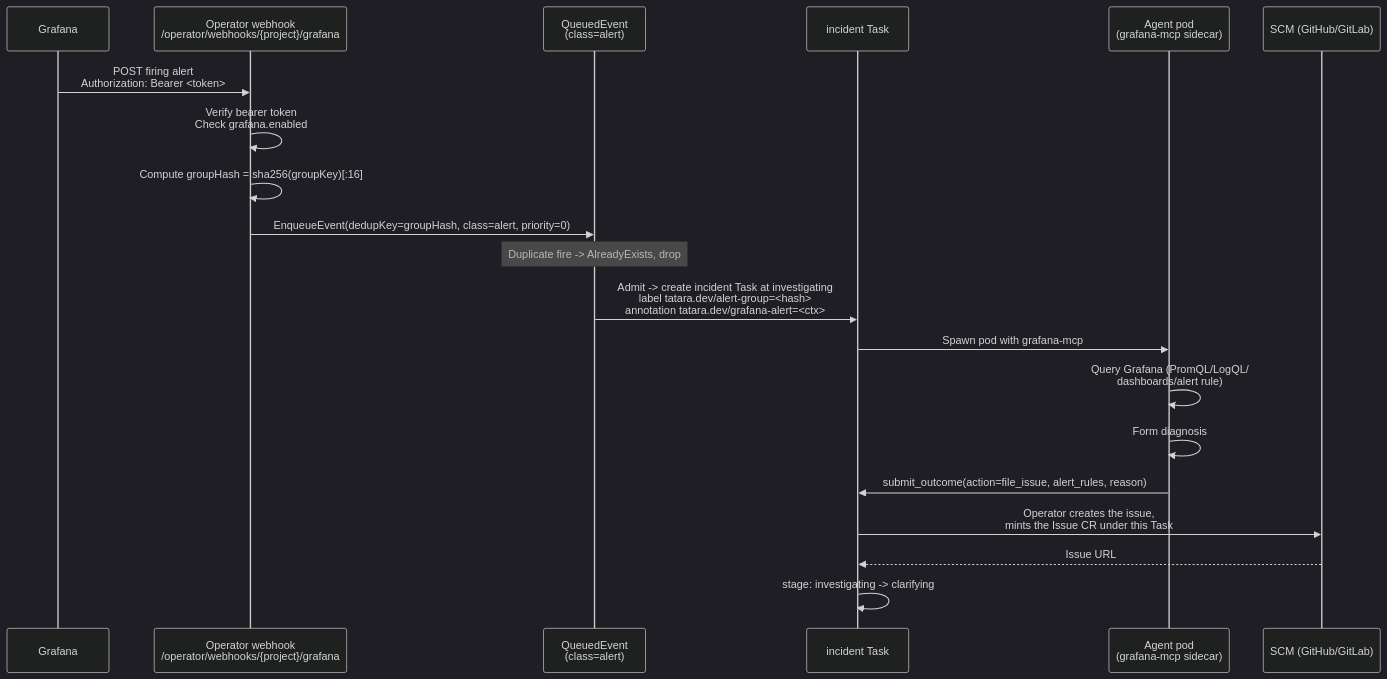
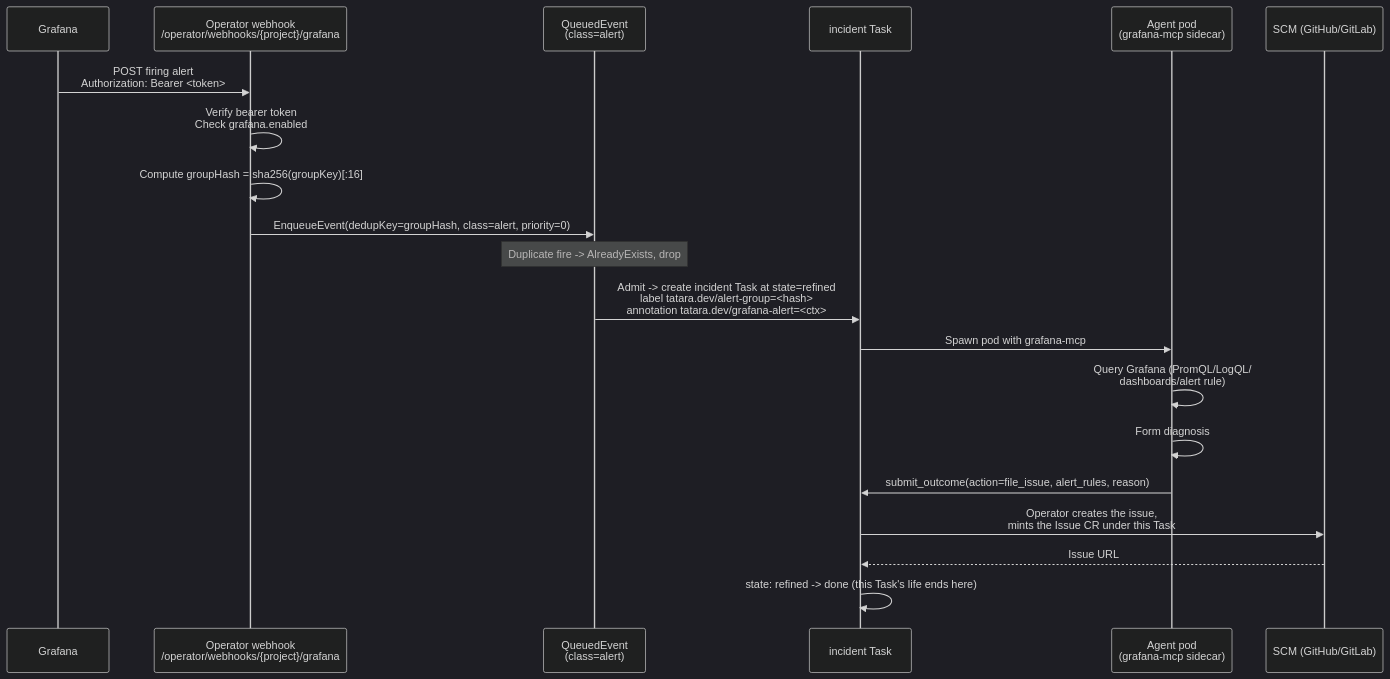
Before and after one commit to szymonrychu/tatara-documentation: the diagram in docs/workflows/incident.md, drawn with Mermaid (dark theme). The commit also changed other lines of this file and 42 other files, not shown here.

````diff
--- a/docs/workflows/incident.md
+++ b/docs/workflows/incident.md
@@ -237,23 +239,23 @@
 ```mermaid
 sequenceDiagram
     participant Grafana
     participant Operator as Operator webhook<br/>/operator/webhooks/{project}/grafana
     participant Queue as QueuedEvent<br/>(class=alert)
     participant Task as incident Task
     participant Agent as Agent pod<br/>(grafana-mcp sidecar)
     participant SCM as SCM (GitHub/GitLab)
 
     Grafana->>Operator: POST firing alert<br/>Authorization: Bearer <token>
     Operator->>Operator: Verify bearer token<br/>Check grafana.enabled
     Operator->>Operator: Compute groupHash = sha256(groupKey)[:16]
     Operator->>Queue: EnqueueEvent(dedupKey=groupHash, class=alert, priority=0)
     Note over Queue: Duplicate fire -> AlreadyExists, drop
-    Queue->>Task: Admit -> create incident Task at investigating<br/>label tatara.dev/alert-group=<hash><br/>annotation tatara.dev/grafana-alert=<ctx>
+    Queue->>Task: Admit -> create incident Task at state=refined<br/>label tatara.dev/alert-group=<hash><br/>annotation tatara.dev/grafana-alert=<ctx>
     Task->>Agent: Spawn pod with grafana-mcp
     Agent->>Agent: Query Grafana (PromQL/LogQL/<br/>dashboards/alert rule)
     Agent->>Agent: Form diagnosis
     Agent->>Task: submit_outcome(action=file_issue, alert_rules, reason)
     Task->>SCM: Operator creates the issue,<br/>mints the Issue CR under this Task
     SCM-->>Task: Issue URL
-    Task->>Task: stage: investigating -> clarifying
+    Task->>Task: state: refined -> done (this Task's life ends here)
 ```
````
